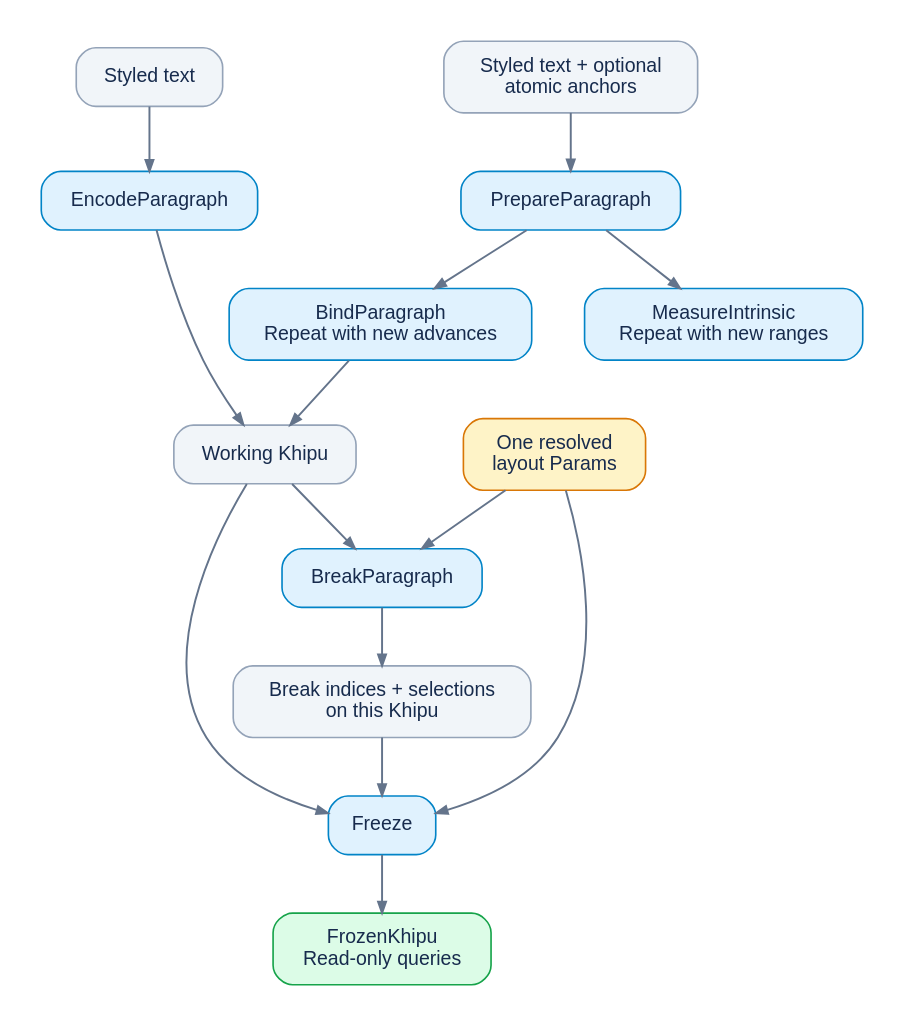
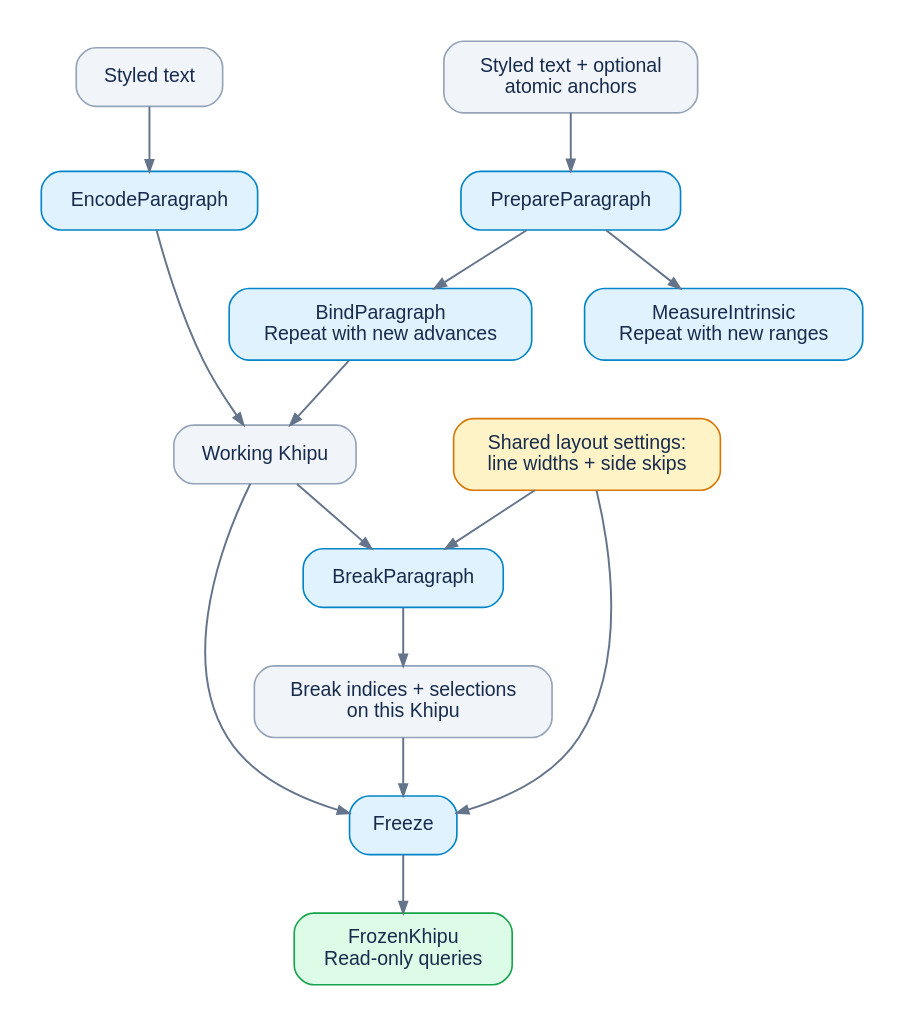
The diagram in doc/diagrams/public-lifecycle.dot (npillmayer/khipu), drawn with Graphviz before and after one commit. The commit also changed 1 other file, not shown here.

Commit message:
Replaced Mermaid diagrams with Graphviz

```diff
--- a/doc/diagrams/public-lifecycle.dot
+++ b/doc/diagrams/public-lifecycle.dot
@@ -1,54 +1,54 @@
 // Regenerate from the repository root:
 // dot -Tsvg doc/diagrams/public-lifecycle.dot -o doc/diagrams/public-lifecycle.svg
 digraph PublicLifecycle {
     graph [
         rankdir=TB,
         bgcolor="white",
         pad=0.25,
         nodesep=0.45,
         ranksep=0.50,
         fontname="Helvetica"
     ];
     node [
         shape=box,
         style="rounded,filled",
         fillcolor="#f1f5f9",
         color="#94a3b8",
         fontcolor="#172b4d",
         fontname="Helvetica",
         fontsize=12,
         margin="0.18,0.12"
     ];
     edge [color="#64748b", arrowsize=0.7, penwidth=1.2];
 
     text [label="Styled text"];
     mixed [label="Styled text + optional\natomic anchors"];
     encode [label="EncodeParagraph", fillcolor="#e0f2fe", color="#0284c7"];
     prepare [label="PrepareParagraph", fillcolor="#e0f2fe", color="#0284c7"];
     measure [label="MeasureIntrinsic\nRepeat with new ranges", fillcolor="#e0f2fe", color="#0284c7"];
     bind [label="BindParagraph\nRepeat with new advances", fillcolor="#e0f2fe", color="#0284c7"];
     working [label="Working Khipu"];
-    layout [label="One resolved\nlayout Params", fillcolor="#fef3c7", color="#d97706"];
+    layout [label="Shared layout settings:\nline widths + side skips", fillcolor="#fef3c7", color="#d97706"];
     breaker [label="BreakParagraph", fillcolor="#e0f2fe", color="#0284c7"];
     decisions [label="Break indices + selections\non this Khipu"];
     freeze [label="Freeze", fillcolor="#e0f2fe", color="#0284c7"];
     frozen [label="FrozenKhipu\nRead-only queries", fillcolor="#dcfce7", color="#16a34a"];
 
     { rank=same; text; mixed; }
     { rank=same; encode; prepare; }
     { rank=same; working; layout; }
 
     text -> encode;
     mixed -> prepare;
     prepare -> measure;
     prepare -> bind;
     encode -> working;
     bind -> working;
     working -> breaker;
     layout -> breaker;
     breaker -> decisions;
     decisions -> freeze;
     working -> freeze;
     layout -> freeze;
     freeze -> frozen;
 }
```
